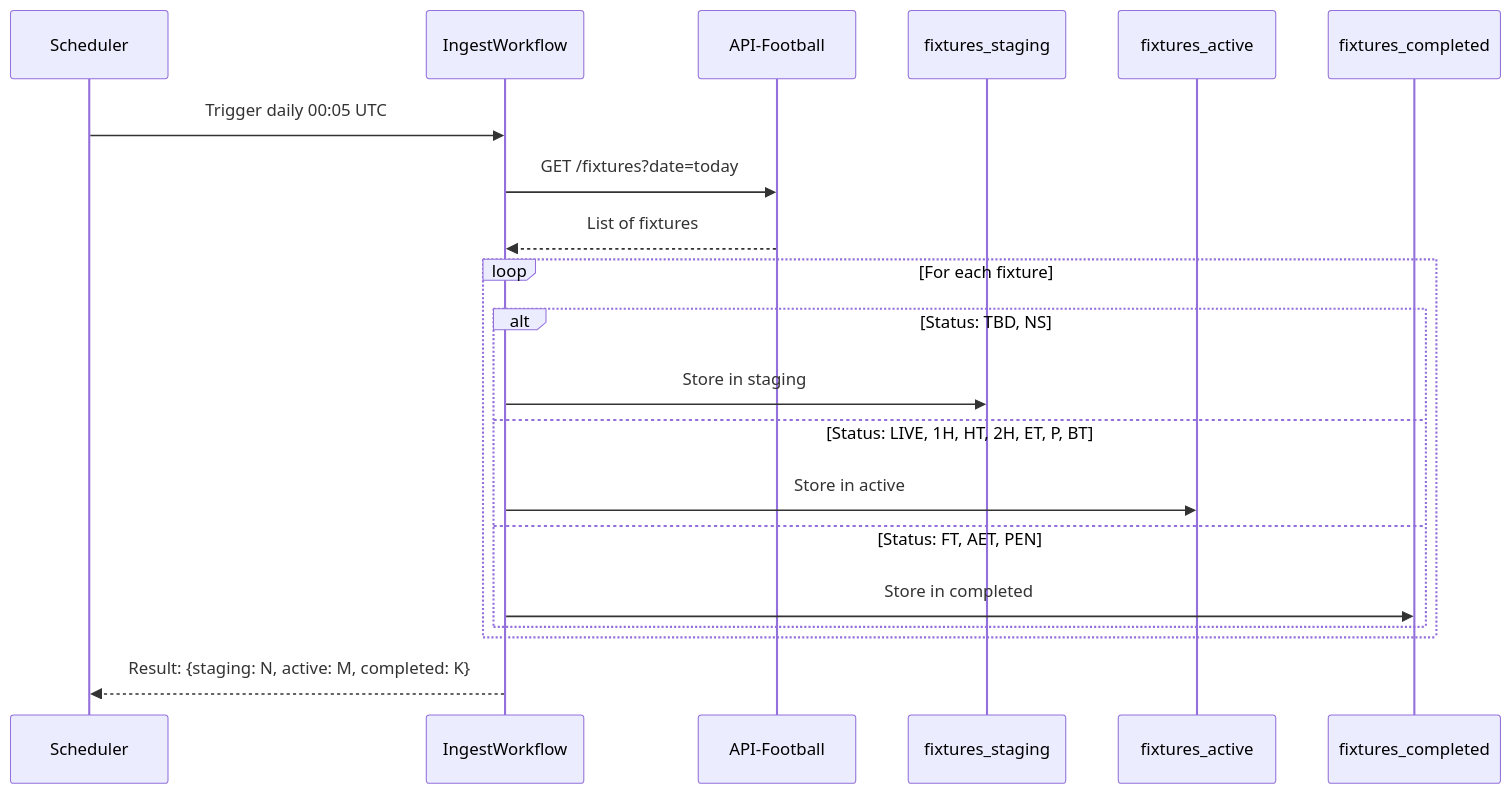
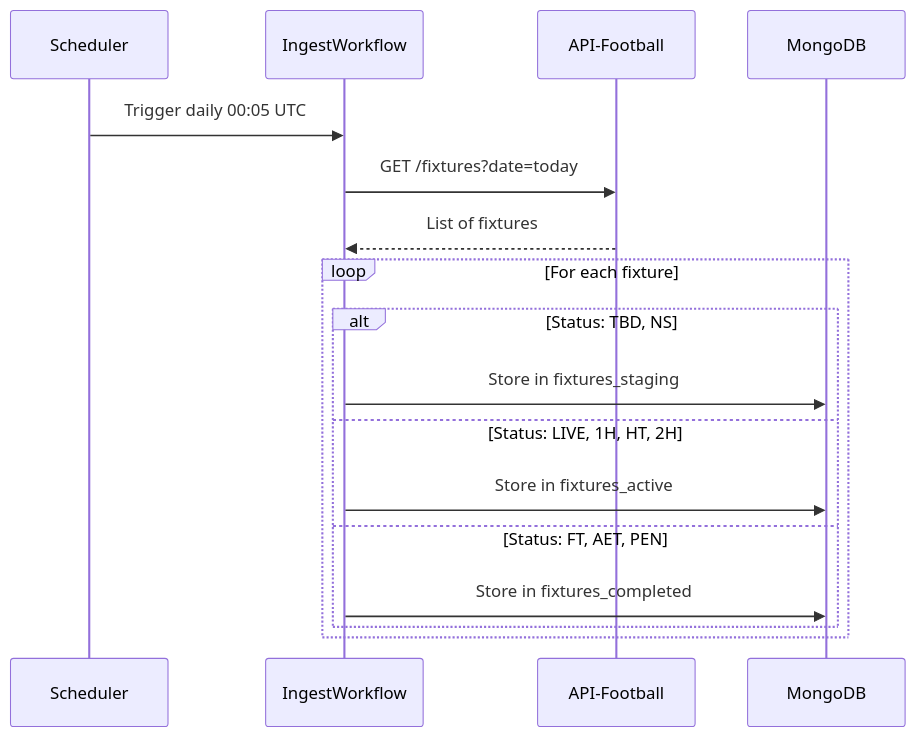
One commit to vedantadhobley/found-footy changed the third of 6 diagrams in TEMPORAL_WORKFLOWS.md. Above: the diagram before and after it, drawn with Mermaid. The commit also changed other lines of this file and 32 other files, not shown here.

````diff
--- a/TEMPORAL_WORKFLOWS.md
+++ b/TEMPORAL_WORKFLOWS.md
@@ -123,25 +97,21 @@
 ```mermaid
 sequenceDiagram
     participant S as Scheduler
     participant IW as IngestWorkflow
     participant API as API-Football
-    participant Staging as fixtures_staging
-    participant Active as fixtures_active
-    participant Completed as fixtures_completed
+    participant DB as MongoDB
     
     S->>IW: Trigger daily 00:05 UTC
     IW->>API: GET /fixtures?date=today
     API-->>IW: List of fixtures
     
     loop For each fixture
         alt Status: TBD, NS
-            IW->>Staging: Store in staging
-        else Status: LIVE, 1H, HT, 2H, ET, P, BT
-            IW->>Active: Store in active
+            IW->>DB: Store in fixtures_staging
+        else Status: LIVE, 1H, HT, 2H
+            IW->>DB: Store in fixtures_active
         else Status: FT, AET, PEN
-            IW->>Completed: Store in completed
+            IW->>DB: Store in fixtures_completed
         end
     end
-    
-    IW-->>S: Result: {staging: N, active: M, completed: K}
 ```
````
